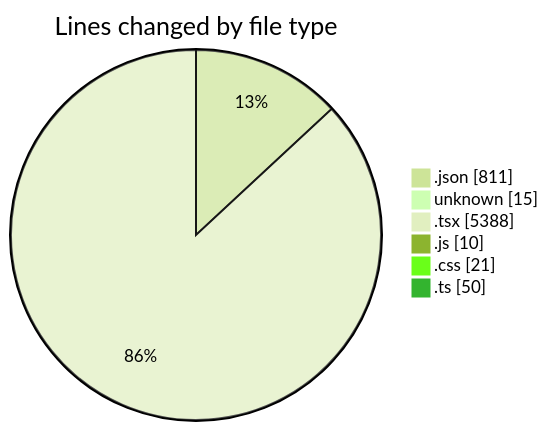
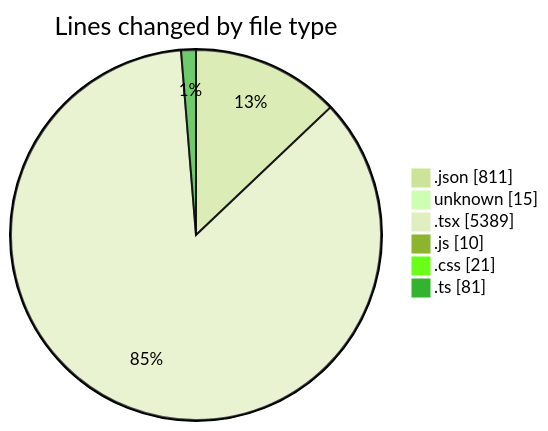
One commit to Elitesun/code-tracking changed the first of 2 diagrams in 2025-05-02/niten/README.md. Above: the diagram before and after it, drawn with Mermaid (forest theme). The commit also changed other lines of this file and 1 other file, not shown here.

````diff
--- a/2025-05-02/niten/README.md
+++ b/2025-05-02/niten/README.md
@@ -70,10 +70,10 @@
 ```mermaid
 pie showData
 title Lines changed by file type
 ".json" : 811
 "unknown" : 15
-".tsx" : 5388
+".tsx" : 5389
 ".js" : 10
 ".css" : 21
-".ts" : 50
+".ts" : 81
 ```
````
